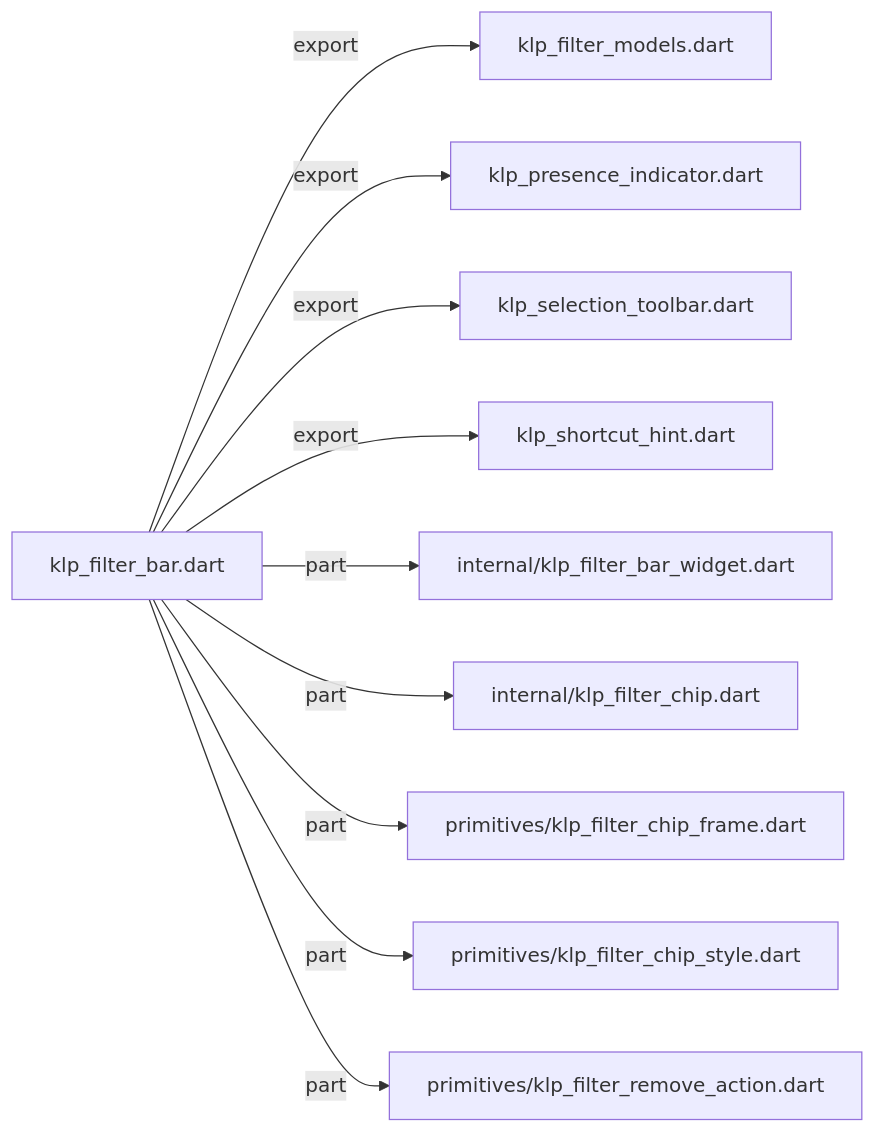
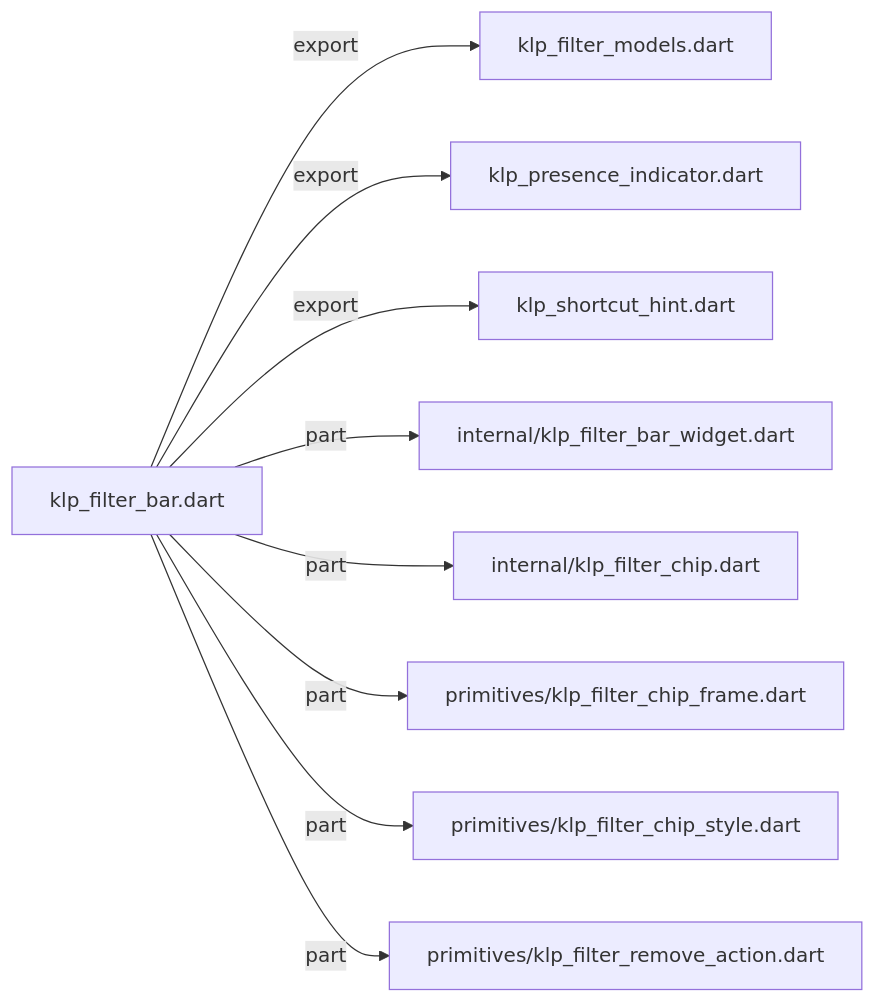
The second of 2 diagrams in docs/architecture/src/foundation/interaction/filter/klp_filter_bar.md (MiuDog/Kallopis), drawn with Mermaid before and after one commit. The commit also changed other lines of this file and 9688 other files, not shown here.

Commit message:
Prepare isolated Flow F2 peer baseline

````diff
--- a/docs/architecture/src/foundation/interaction/filter/klp_filter_bar.md
+++ b/docs/architecture/src/foundation/interaction/filter/klp_filter_bar.md
@@ -38,22 +38,20 @@
 ```mermaid
 flowchart LR
 	n0["klp_filter_bar.dart"]
 	n1["klp_filter_models.dart"]
 	n2["klp_presence_indicator.dart"]
-	n3["klp_selection_toolbar.dart"]
-	n4["klp_shortcut_hint.dart"]
-	n5["internal/klp_filter_bar_widget.dart"]
-	n6["internal/klp_filter_chip.dart"]
-	n7["primitives/klp_filter_chip_frame.dart"]
-	n8["primitives/klp_filter_chip_style.dart"]
-	n9["primitives/klp_filter_remove_action.dart"]
+	n3["klp_shortcut_hint.dart"]
+	n4["internal/klp_filter_bar_widget.dart"]
+	n5["internal/klp_filter_chip.dart"]
+	n6["primitives/klp_filter_chip_frame.dart"]
+	n7["primitives/klp_filter_chip_style.dart"]
+	n8["primitives/klp_filter_remove_action.dart"]
 	n0 -->|"export"| n1
 	n0 -->|"export"| n2
 	n0 -->|"export"| n3
-	n0 -->|"export"| n4
+	n0 -->|"part"| n4
 	n0 -->|"part"| n5
 	n0 -->|"part"| n6
 	n0 -->|"part"| n7
 	n0 -->|"part"| n8
-	n0 -->|"part"| n9
 ```
````
